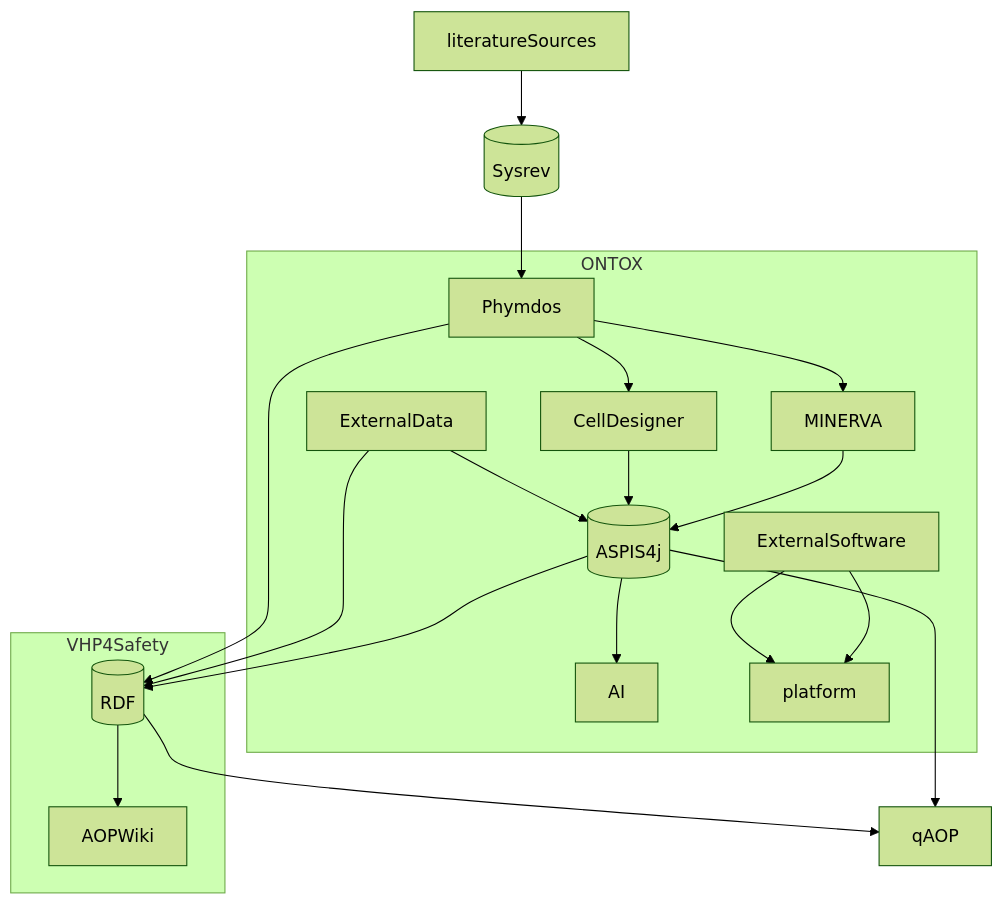
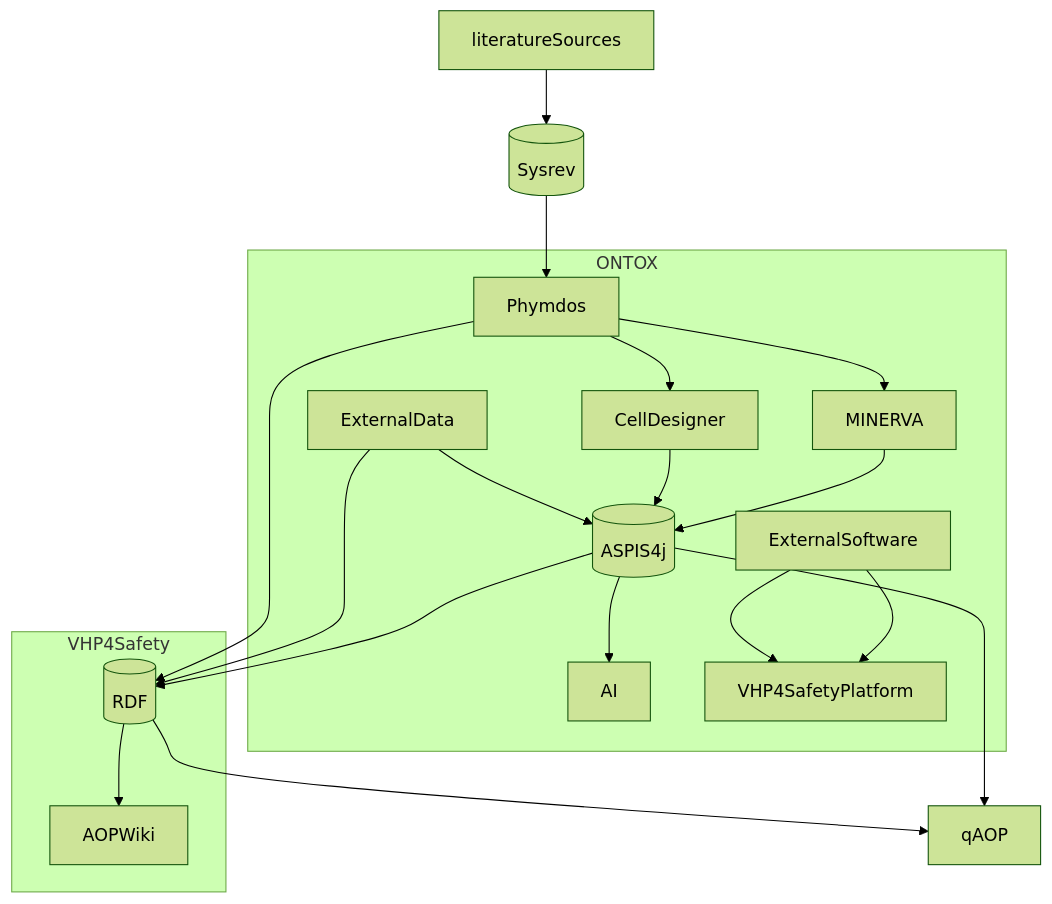
One commit to ontox-hu/workflows changed the diagram in ONTOX-vs-VHP4Safety.md. Above: the diagram before and after it, drawn with Mermaid (forest theme).

````diff
--- a/ONTOX-vs-VHP4Safety.md
+++ b/ONTOX-vs-VHP4Safety.md
@@ -1,30 +1,30 @@
 ```mermaid
 flowchart TB
     literatureSources-->Sysrev[(Sysrev)]
     Sysrev[(Sysrev)]-->Phymdos
     
     subgraph ONTOX
     Phymdos-->MINERVA
     Phymdos-->CellDesigner
     ExternalData-->ASPIS4j[(ASPIS4j)]
     CellDesigner-->ASPIS4j[(ASPIS4j)]
     MINERVA-->ASPIS4j[(ASPIS4j)]
     ASPIS4j[(ASPIS4j)]-->AI
-    ExternalSoftware-->platform
+    ExternalSoftware-->VHP4SafetyPlatform
     end
     
     
     subgraph VHP4Safety
     Phymdos-->RDF[(RDF)]
     RDF[(RDF)]-->AOPWiki
     ExternalData-->RDF[(RDF)]
-    ExternalSoftware-->platform
+    ExternalSoftware-->VHP4SafetyPlatform
     end
     
     RDF[(RDF)]-->qAOP
     ASPIS4j[(ASPIS4j)]-->qAOP
     ASPIS4j[(ASPIS4j)]-->RDF[(RDF)]
     
     
     
 ```
````
